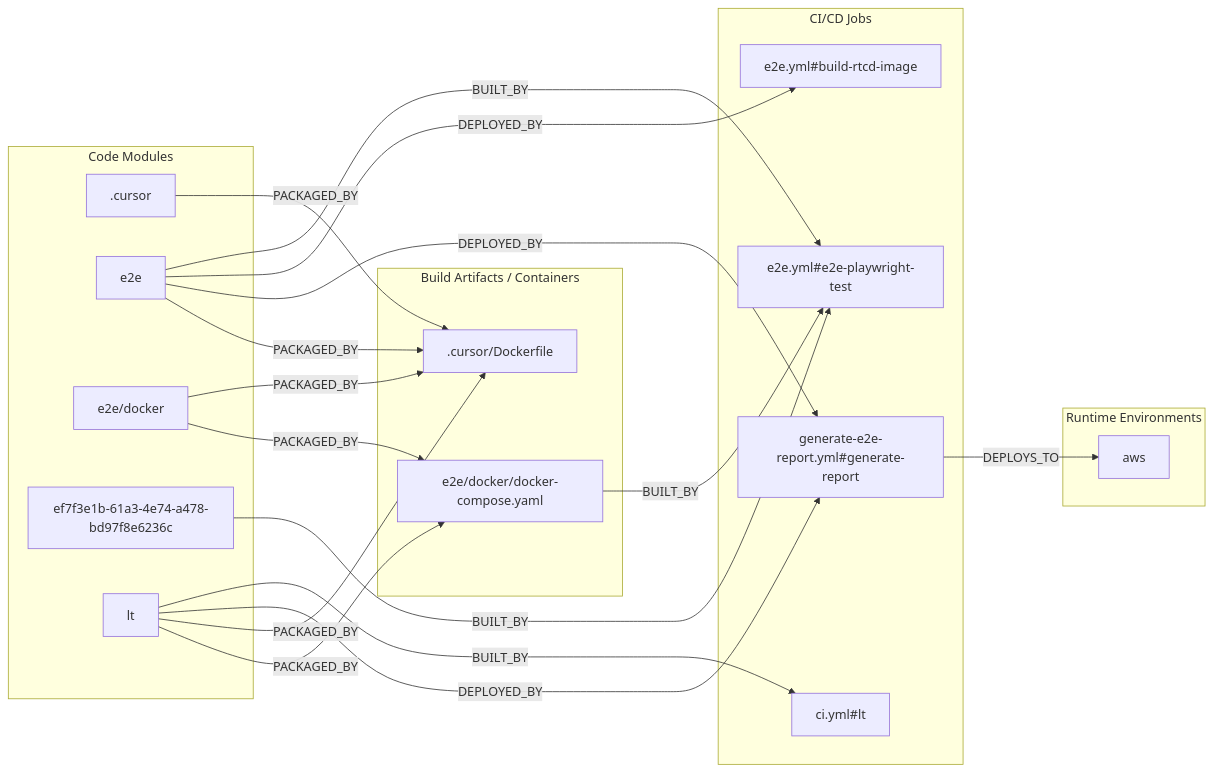
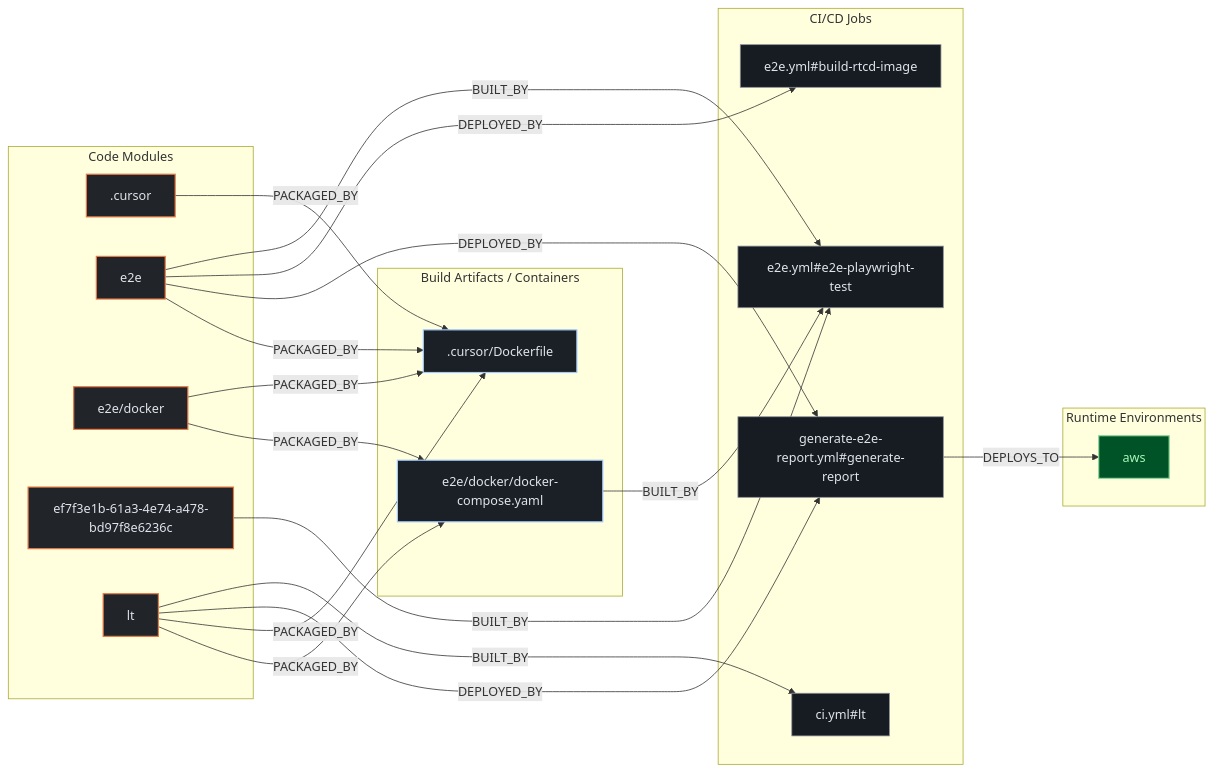
Before and after one commit to kumarshaz/atruss-code-atlas: the second of 3 diagrams in exports/latest/reports/mattermost-mattermost-plugin-calls-report.md, drawn with Mermaid. The commit also changed other lines of this file and 331 other files, not shown here.

Commit message:
docs,ui,fix: update SDLC docs, reorder CI/CD DAG first, stylize Mermaid, and fix Arc42 pipeline topology

````diff
--- a/exports/latest/reports/mattermost-mattermost-plugin-calls-report.md
+++ b/exports/latest/reports/mattermost-mattermost-plugin-calls-report.md
@@ -192,37 +199,41 @@
 ```mermaid
 flowchart LR
+    classDef atlasCategory fill:#212428,stroke:#E87A48,stroke-width:1.5px,color:#dfe3eb
+    classDef atlasWorkflow fill:#1b2026,stroke:#a3c9ff,stroke-width:1.5px,color:#dfe3eb
+    classDef atlasJob fill:#171c22,stroke:#8d9199,stroke-width:1px,color:#dfe3eb
+    classDef atlasTarget fill:#005227,stroke:#8bd99b,stroke-width:1.5px,color:#a7f6b6
     subgraph code_modules["Code Modules"]
-        mod__cursor[".cursor"]
-        mod_e2e["e2e"]
-        mod_e2e_docker["e2e/docker"]
-        mod_ef7f3e1b_61a3_4e74_a478_bd97f8e6236c["ef7f3e1b-61a3-4e74-a478-bd97f8e6236c"]
-        mod_lt["lt"]
+        mod__cursor[".cursor"]:::atlasCategory
+        mod_e2e["e2e"]:::atlasCategory
+        mod_e2e_docker["e2e/docker"]:::atlasCategory
+        mod_ef7f3e1b_61a3_4e74_a478_bd97f8e6236c["ef7f3e1b-61a3-4e74-a478-bd97f8e6236c"]:::atlasCategory
+        mod_lt["lt"]:::atlasCategory
     end
     subgraph build_artifacts["Build Artifacts / Containers"]
-        art__cursor_Dockerfile[".cursor/Dockerfile"]
-        art_e2e_docker_docker_compose_yaml["e2e/docker/docker-compose.yaml"]
+        art__cursor_Dockerfile[".cursor/Dockerfile"]:::atlasWorkflow
+        art_e2e_docker_docker_compose_yaml["e2e/docker/docker-compose.yaml"]:::atlasWorkflow
     end
     subgraph ci_jobs["CI/CD Jobs"]
-        job_ci_yml_lt["ci.yml#lt"]
-        job_e2e_yml_build_rtcd_image["e2e.yml#build-rtcd-image"]
-        job_e2e_yml_e2e_playwright_test["e2e.yml#e2e-playwright-test"]
-        job_generate_e2e_report_yml_generate_report["generate-e2e-report.yml#generate-report"]
+        job_ci_yml_lt["ci.yml#lt"]:::atlasJob
+        job_e2e_yml_build_rtcd_image["e2e.yml#build-rtcd-image"]:::atlasJob
+        job_e2e_yml_e2e_playwright_test["e2e.yml#e2e-playwright-test"]:::atlasJob
+        job_generate_e2e_report_yml_generate_report["generate-e2e-report.yml#generate-report"]:::atlasJob
     end
     subgraph runtime_envs["Runtime Environments"]
-        env_aws["aws"]
+        env_aws["aws"]:::atlasTarget
     end
     job_generate_e2e_report_yml_generate_report -->|DEPLOYS_TO| env_aws
     mod__cursor -->|PACKAGED_BY| art__cursor_Dockerfile
     mod_e2e -->|BUILT_BY| job_e2e_yml_e2e_playwright_test
     mod_e2e -->|DEPLOYED_BY| job_e2e_yml_build_rtcd_image
     mod_e2e -->|DEPLOYED_BY| job_generate_e2e_report_yml_generate_report
     mod_e2e -->|PACKAGED_BY| art__cursor_Dockerfile
     mod_e2e_docker -->|PACKAGED_BY| art__cursor_Dockerfile
     mod_e2e_docker -->|PACKAGED_BY| art_e2e_docker_docker_compose_yaml
     mod_ef7f3e1b_61a3_4e74_a478_bd97f8e6236c -->|BUILT_BY| job_e2e_yml_e2e_playwright_test
     mod_lt -->|BUILT_BY| job_ci_yml_lt
     mod_lt -->|DEPLOYED_BY| job_generate_e2e_report_yml_generate_report
     mod_lt -->|PACKAGED_BY| art__cursor_Dockerfile
     mod_lt -->|PACKAGED_BY| art_e2e_docker_docker_compose_yaml
     art_e2e_docker_docker_compose_yaml -->|BUILT_BY| job_e2e_yml_e2e_playwright_test
 ```
````
